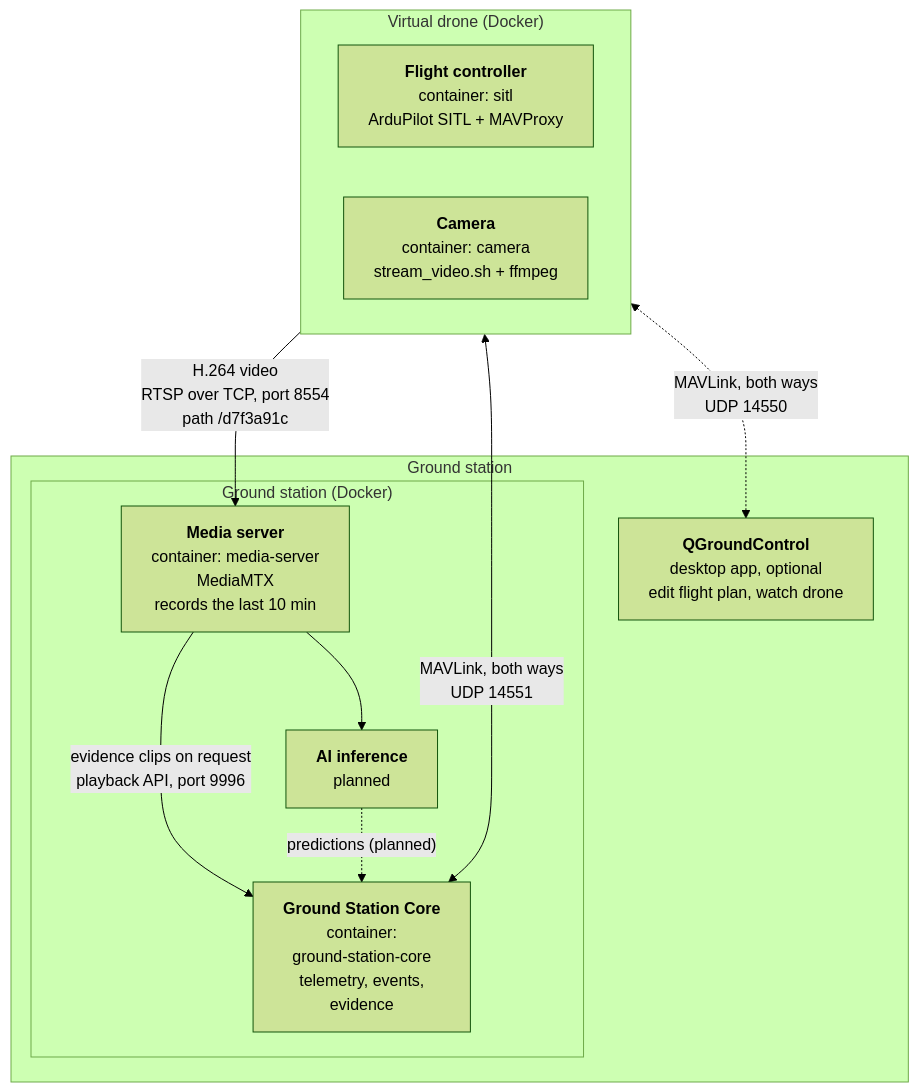
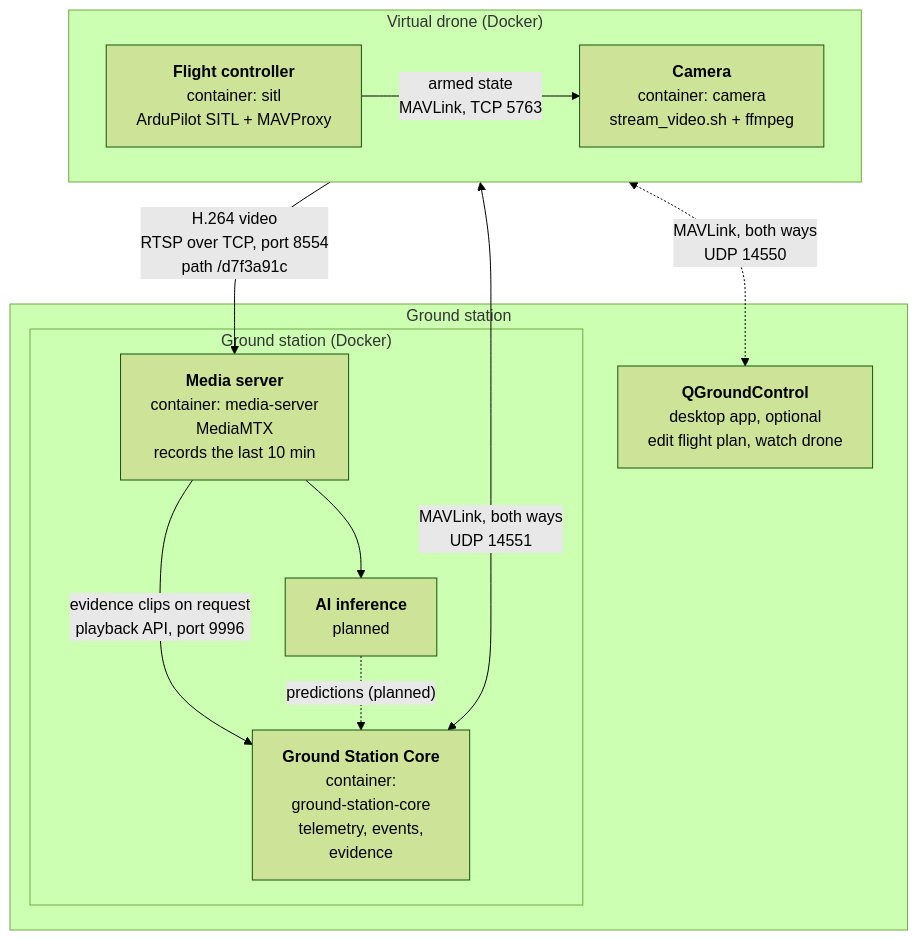
One commit to Dalai426/UAV-Based-Wildfire-Surveillance-System changed the diagram in edge/drone/README.md. Above: the diagram before and after it, drawn with Mermaid (forest theme). The commit also changed other lines of this file and 5 other files, not shown here.

````diff
--- a/edge/drone/README.md
+++ b/edge/drone/README.md
@@ -63,24 +65,25 @@
 ```mermaid
 flowchart TB
     subgraph DRONE["Virtual drone (Docker)"]
         direction LR
         SITL["<b>Flight controller</b><br/>container: sitl<br/>ArduPilot SITL + MAVProxy"]
         CAM["<b>Camera</b><br/>container: camera<br/>stream_video.sh + ffmpeg"]
     end
 
     subgraph GSTATION["Ground station"]
         QGC["<b>QGroundControl</b><br/>desktop app, optional<br/>edit flight plan, watch drone"]
         subgraph GS["Ground station (Docker)"]
             MTX["<b>Media server</b><br/>container: media-server<br/>MediaMTX<br/>records the last 10 min"]
             AI["<b>AI inference</b><br/>planned"]
             CORE["<b>Ground Station Core</b><br/>container:<br/>ground-station-core<br/>telemetry, events,<br/>evidence"]
         end
     end
 
+    SITL -- "armed state<br/>MAVLink, TCP 5763" --> CAM
     SITL <-. "MAVLink, both ways<br/>UDP 14550" .-> QGC
     SITL <-- "MAVLink, both ways<br/>UDP 14551" --> CORE
     CAM -- "H.264 video<br/>RTSP over TCP, port 8554<br/>path /d7f3a91c" --> MTX
     MTX --> AI
     MTX -- "evidence clips on request<br/>playback API, port 9996" --> CORE
     AI -. "predictions (planned)" .-> CORE
 ```
````
